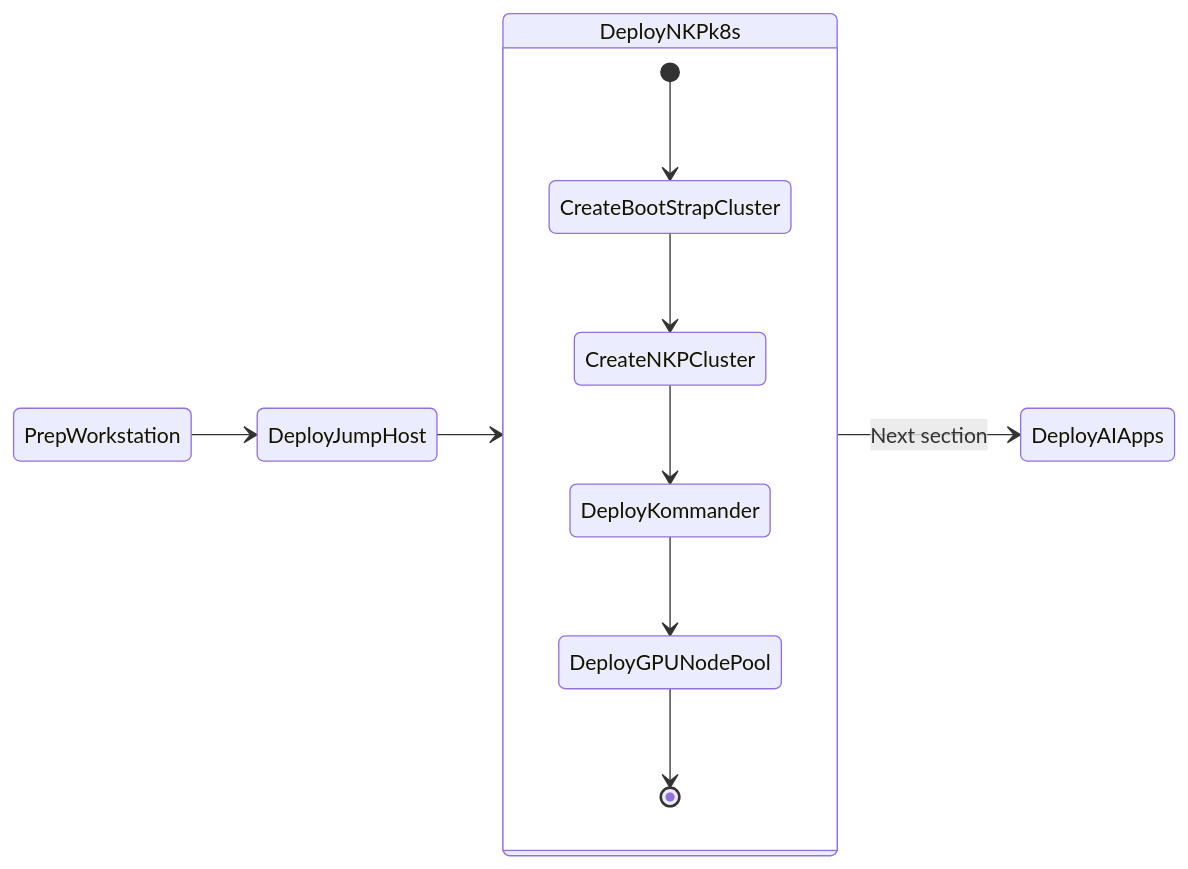
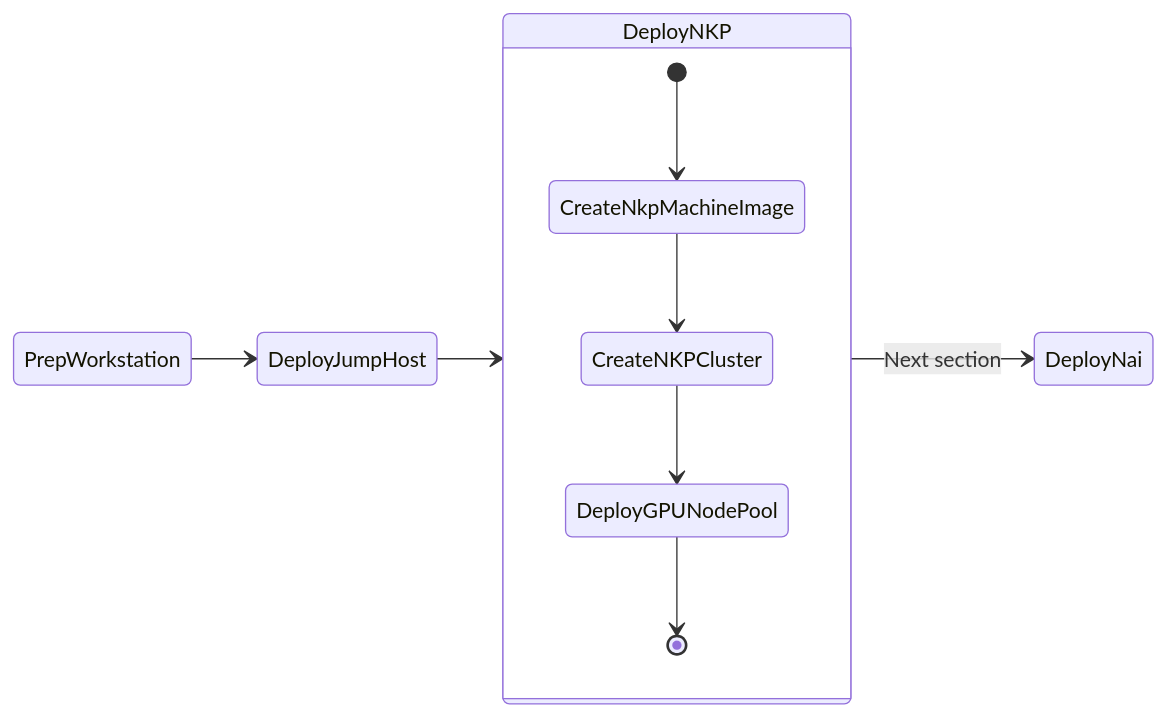
The diagram in docs/infra/infra_nkp.md (nutanix-japan/nai-llm), drawn with Mermaid before and after one commit. The commit also changed other lines of this file and 7 other files, not shown here.

````diff
--- a/docs/infra/infra_nkp.md
+++ b/docs/infra/infra_nkp.md
@@ -7,16 +7,15 @@
 ```mermaid
 stateDiagram-v2
     direction LR
     
-    state DeployNKPk8s {
-        [*] --> CreateBootStrapCluster
-        CreateBootStrapCluster --> CreateNKPCluster
-        CreateNKPCluster --> DeployKommander
-        DeployKommander --> DeployGPUNodePool
+    state DeployNKP {
+        [*] --> CreateNkpMachineImage
+        CreateNkpMachineImage --> CreateNKPCluster
+        CreateNKPCluster --> DeployGPUNodePool
         DeployGPUNodePool --> [*]
     }
 
     PrepWorkstation --> DeployJumpHost 
-    DeployJumpHost --> DeployNKPk8s 
-    DeployNKPk8s --> DeployAIApps : Next section
+    DeployJumpHost --> DeployNKP 
+    DeployNKP --> DeployNai : Next section
 ```
````
